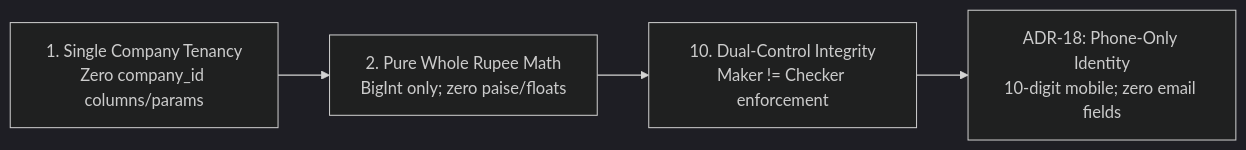
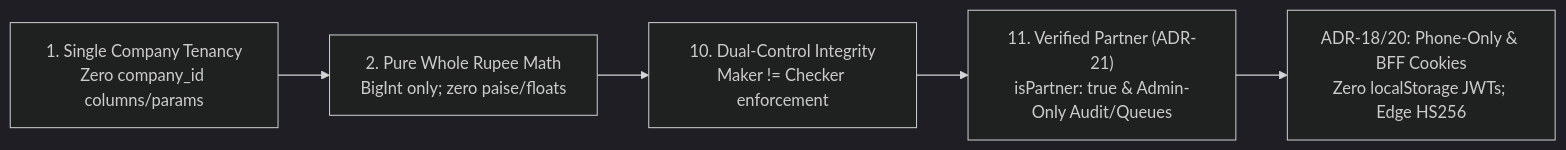
Before and after one commit to Kathir-24/Kumaran-finance: the diagram in docs/web/README.md, drawn with Mermaid (dark theme). The commit also changed other lines of this file and 4 other files, not shown here.

````diff
--- a/docs/web/README.md
+++ b/docs/web/README.md
@@ -31,6 +31,7 @@
 ```mermaid
 flowchart LR
     G1["1. Single Company Tenancy\nZero company_id columns/params"] --> G2["2. Pure Whole Rupee Math\nBigInt only; zero paise/floats"]
     G2 --> G10["10. Dual-Control Integrity\nMaker != Checker enforcement"]
-    G10 --> ADR18["ADR-18: Phone-Only Identity\n10-digit mobile; zero email fields"]
+    G10 --> G11["11. Verified Partner (ADR-21)\nisPartner: true & Admin-Only Audit/Queues"]
+    G11 --> ADR20["ADR-18/20: Phone-Only & BFF Cookies\nZero localStorage JWTs; Edge HS256"]
 ```
````
